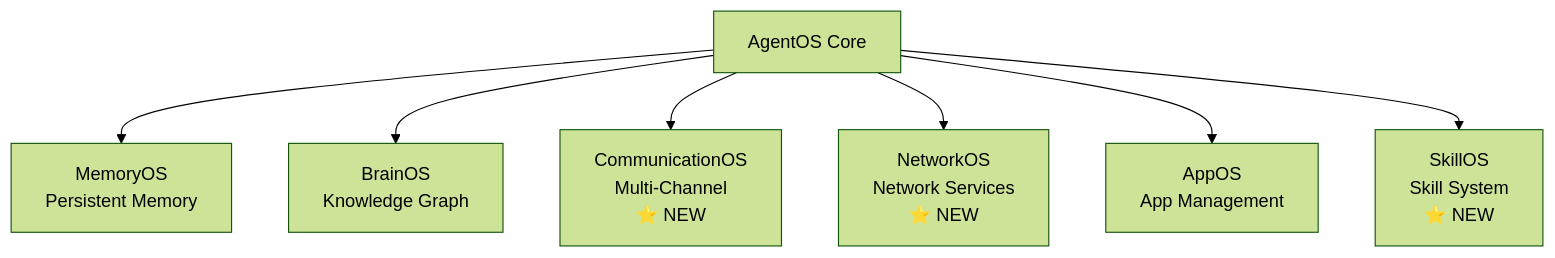
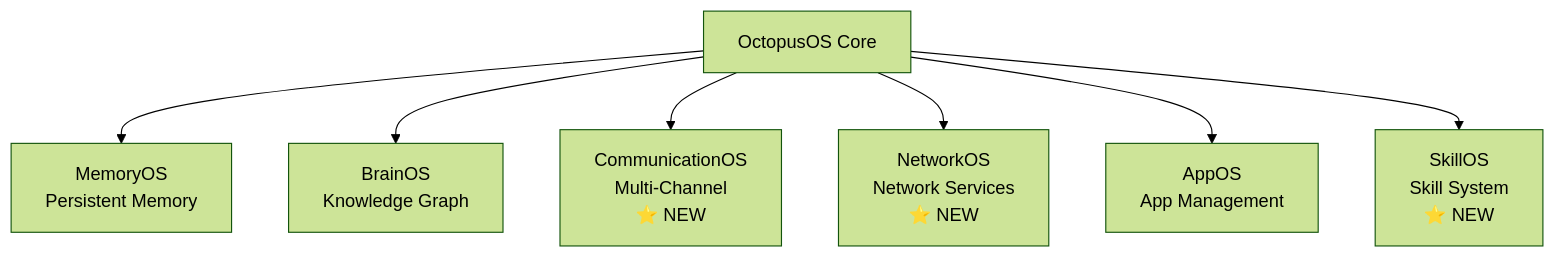
The diagram in README.md (octopusos/octopusos), drawn with Mermaid (forest theme) before and after one commit. The commit also changed other lines of this file and 4845 other files, not shown here.

````diff
--- a/README.md
+++ b/README.md
@@ -49,16 +49,16 @@
 ```mermaid
 graph TB
-    A[AgentOS Core] --> B[MemoryOS]
+    A[OctopusOS Core] --> B[MemoryOS]
     A --> C[BrainOS]
     A --> D[CommunicationOS]
     A --> E[NetworkOS]
     A --> F[AppOS]
     A --> G[SkillOS]
 
     B[MemoryOS<br/>Persistent Memory]
     C[BrainOS<br/>Knowledge Graph]
     D[CommunicationOS<br/>Multi-Channel<br/>⭐ NEW]
     E[NetworkOS<br/>Network Services<br/>⭐ NEW]
     F[AppOS<br/>App Management]
     G[SkillOS<br/>Skill System<br/>⭐ NEW]
 ```
````
